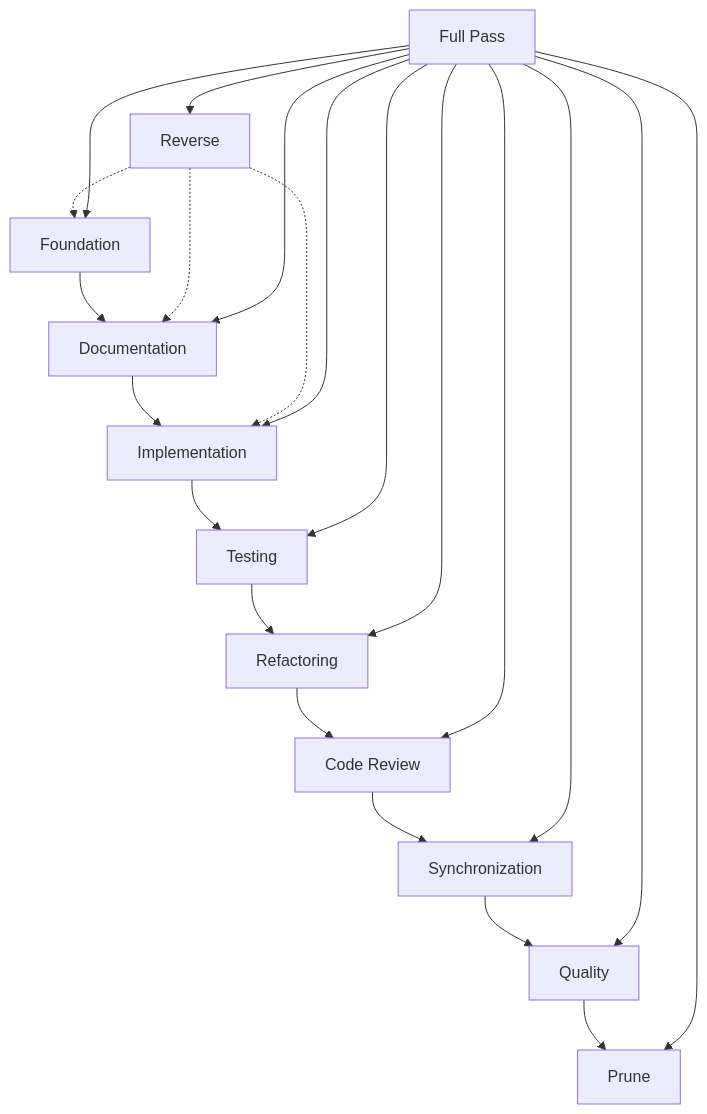
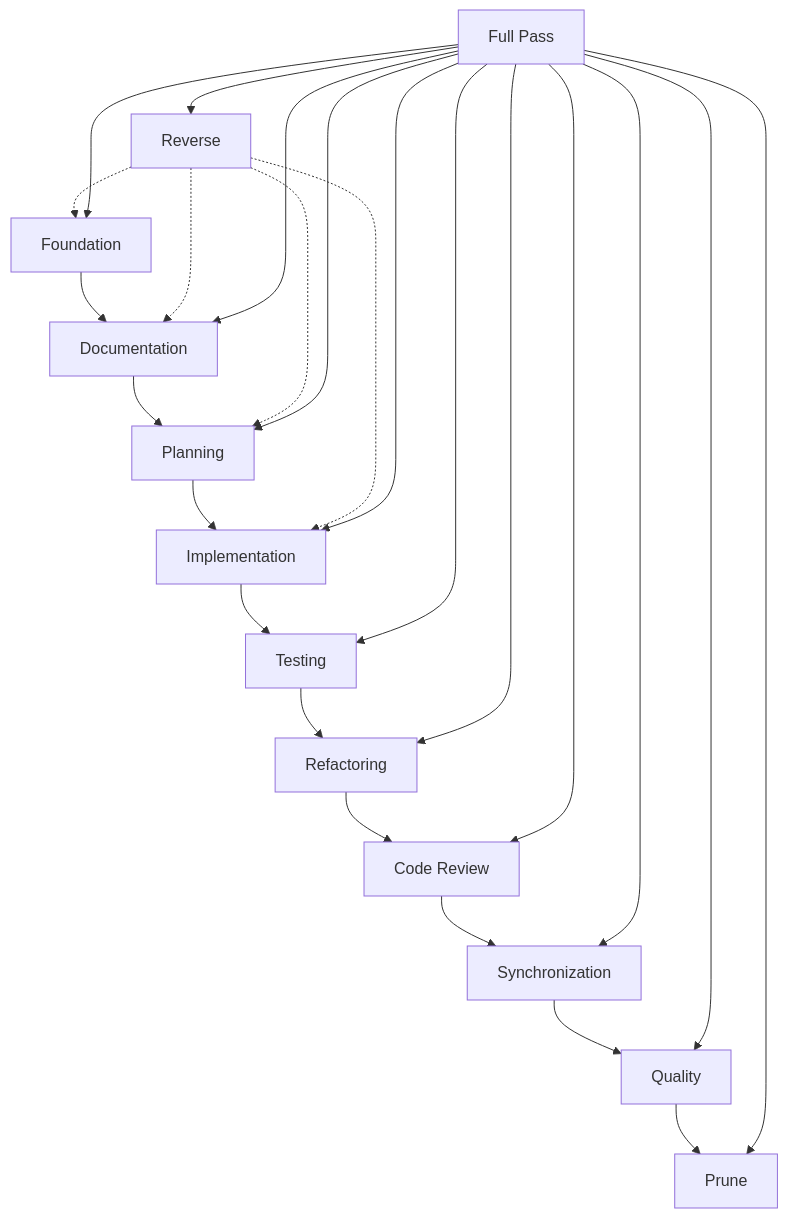
The second of 2 diagrams in docs/designs/DDD-PASSES.md (ningsuhen/agent3d), drawn with Mermaid before and after one commit. The commit also changed other lines of this file and 22 other files, not shown here.

````diff
--- a/docs/designs/DDD-PASSES.md
+++ b/docs/designs/DDD-PASSES.md
@@ -124,26 +130,29 @@
 ```mermaid
 graph TD
     F[Foundation] --> D[Documentation]
-    D --> I[Implementation]
+    D --> PL[Planning]
+    PL --> I[Implementation]
     I --> T[Testing]
     T --> R[Refactoring]
     R --> CR[Code Review]
     CR --> S[Synchronization]
     S --> Q[Quality]
     Q --> P[Prune]
 
     Rev[Reverse] -.-> F
     Rev -.-> D
+    Rev -.-> PL
     Rev -.-> I
 
     Full[Full Pass] --> F
     Full --> D
+    Full --> PL
     Full --> I
     Full --> T
     Full --> R
     Full --> CR
     Full --> S
     Full --> Q
     Full --> P
     Full --> Rev
 ```
````
